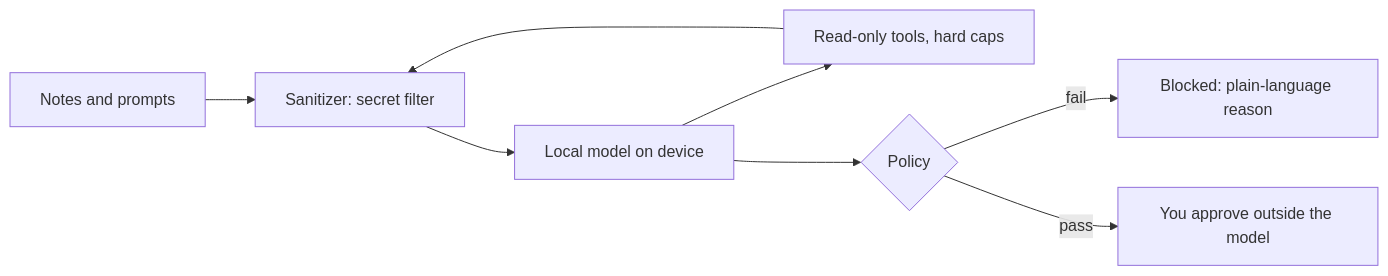
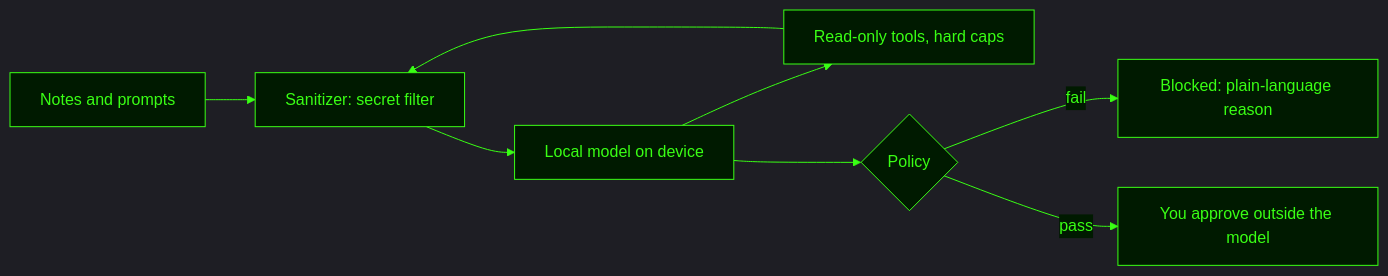
Before and after one commit to 9lordisgod/salomon: the first of 2 diagrams in README.md, drawn with Mermaid. The commit also changed other lines of this file and 2 other files, not shown here.

Commit message:
docs: README mermaid neon green; ROADMAP Phase 3 Android; PS Android skim stamp

````diff
--- a/README.md
+++ b/README.md
@@ -15,10 +15,14 @@
 ```mermaid
+%%{init: {'theme':'dark','themeVariables':{'dark':'#0a0a0a','background':'#0a0a0a','primaryColor':'#003b00','primaryTextColor':'#39ff14','primaryBorderColor':'#39ff14','secondaryColor':'#001a00','secondaryTextColor':'#39ff14','secondaryBorderColor':'#00ff41','tertiaryColor':'#002200','lineColor':'#39ff14','textColor':'#39ff14','mainBkg':'#001a00','nodeBorder':'#39ff14','clusterBkg':'#000000','titleColor':'#39ff14','edgeLabelBackground':'#001a00'}}}%%
 flowchart LR
   A[Notes and prompts] --> B[Sanitizer: secret filter]
   B --> C[Local model on device]
   C --> T[Read-only tools, hard caps]
   T --> B
   C --> P{Policy}
   P -->|fail| X[Blocked: plain-language reason]
   P -->|pass| H[You approve outside the model]
+
+  classDef neon fill:#001a00,stroke:#39ff14,color:#39ff14
+  class A,B,C,T,P,X,H neon
 ```
````
